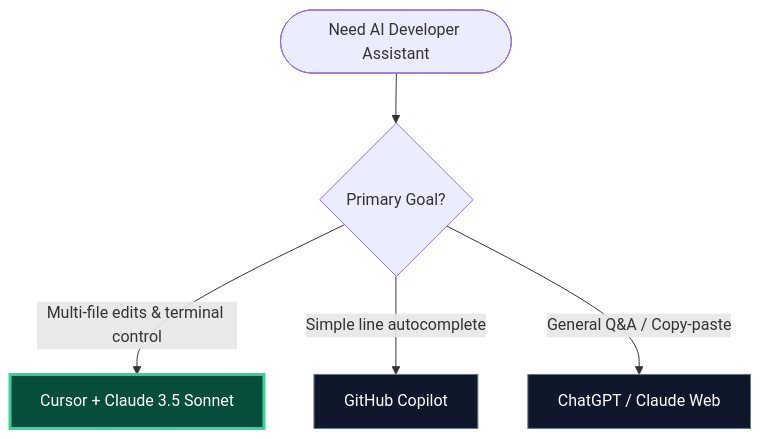
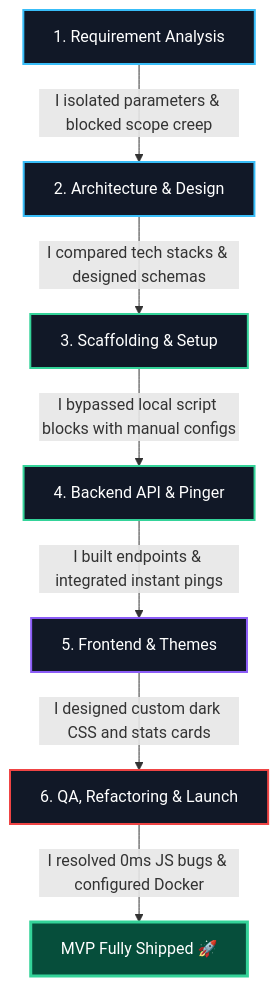
Before and after one commit to Nishchalpr4/UpTime-Moniter: the second of 3 diagrams in README.md, drawn with Mermaid. The commit also changed other lines of this file, not shown here.

````diff
--- a/README.md
+++ b/README.md
@@ -49,12 +51,17 @@
 ```mermaid
 graph TD
-    Start([Need AI Developer Assistant]) --> Workflow{Primary Goal?}
-    
-    Workflow -->|Multi-file edits & terminal control| Chosen[Cursor + Claude 3.5 Sonnet]
-    Workflow -->|Simple line autocomplete| Copilot[GitHub Copilot]
-    Workflow -->|General Q&A / Copy-paste| Web[ChatGPT / Claude Web]
+    Stage0[1. Requirement Analysis] -->|I isolated parameters & blocked scope creep| Stage1[2. Architecture & Design]
+    Stage1 -->|I compared tech stacks & designed schemas| Stage2[3. Scaffolding & Setup]
+    Stage2 -->|I bypassed local script blocks with manual configs| Stage3[4. Backend API & Pinger]
+    Stage3 -->|I built endpoints & integrated instant pings| Stage4[5. Frontend & Themes]
+    Stage4 -->|I designed custom dark CSS and stats cards| Stage5[6. QA, Refactoring & Launch]
+    Stage5 -->|I resolved 0ms JS bugs & configured Docker| Ready[MVP Fully Shipped 🚀]
 
-    style Chosen fill:#064e3b,stroke:#34d399,stroke-width:3px,color:#fff
-    style Copilot fill:#0f172a,stroke:#64748b,color:#fff
-    style Web fill:#0f172a,stroke:#64748b,color:#fff
+    style Stage0 fill:#111827,stroke:#38bdf8,stroke-width:2px,color:#fff
+    style Stage1 fill:#111827,stroke:#38bdf8,stroke-width:2px,color:#fff
+    style Stage2 fill:#111827,stroke:#34d399,stroke-width:2px,color:#fff
+    style Stage3 fill:#111827,stroke:#34d399,stroke-width:2px,color:#fff
+    style Stage4 fill:#111827,stroke:#8b5cf6,stroke-width:2px,color:#fff
+    style Stage5 fill:#111827,stroke:#ef4444,stroke-width:2px,color:#fff
+    style Ready fill:#064e3b,stroke:#34d399,stroke-width:3px,color:#fff
 ```
````
